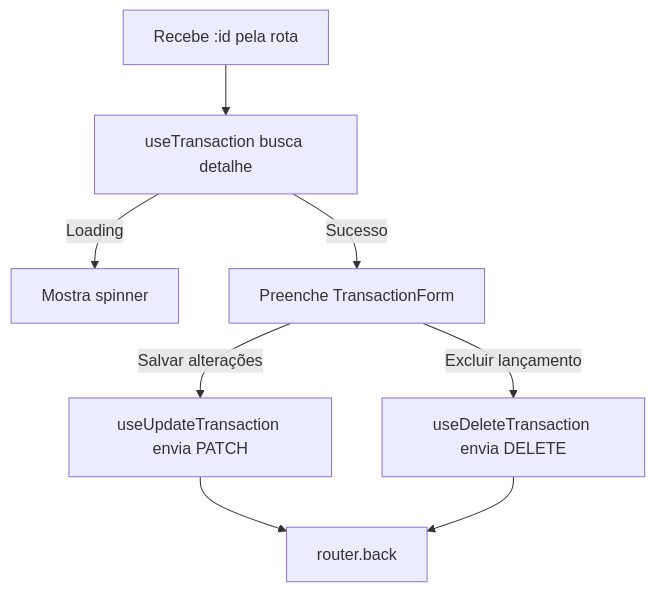
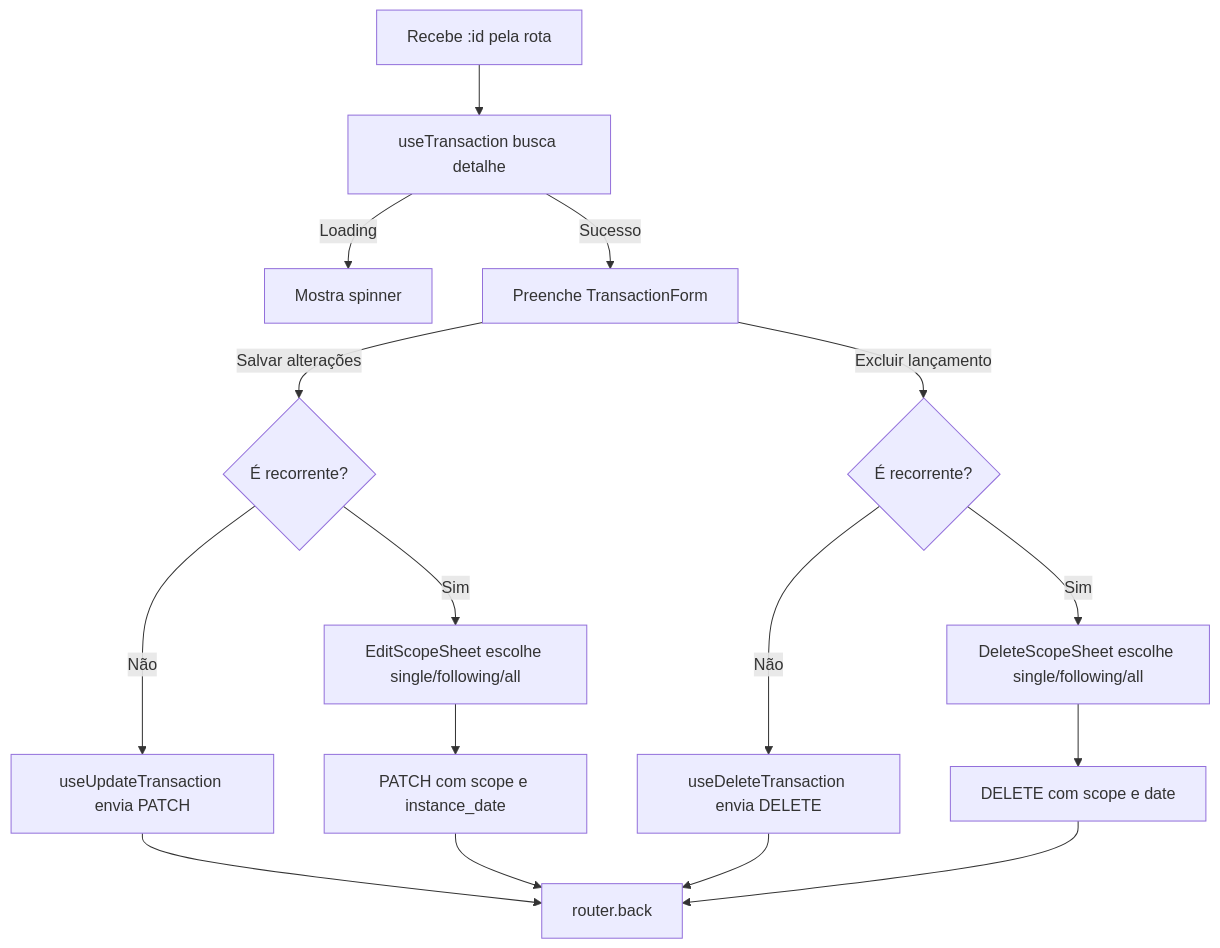
One commit to ewertonfrnc/finance-app changed diagram 19 of 19 in OVERVIEW.md. Above: the diagram before and after it, drawn with Mermaid. The commit also changed other lines of this file and 2 other files, not shown here.

````diff
--- a/OVERVIEW.md
+++ b/OVERVIEW.md
@@ -180,10 +244,18 @@
 ```mermaid
 flowchart TD
   A["Recebe :id pela rota"] --> B["useTransaction busca detalhe"]
   B -->|Loading| C["Mostra spinner"]
   B -->|Sucesso| D["Preenche TransactionForm"]
-  D -->|Salvar alterações| E["useUpdateTransaction envia PATCH"]
-  D -->|Excluir lançamento| F["useDeleteTransaction envia DELETE"]
-  E --> G["router.back"]
-  F --> G
+  D -->|Salvar alterações| E{"É recorrente?"}
+  E -->|Não| F["useUpdateTransaction envia PATCH"]
+  E -->|Sim| G["EditScopeSheet escolhe single/following/all"]
+  G --> H["PATCH com scope e instance_date"]
+  D -->|Excluir lançamento| I{"É recorrente?"}
+  I -->|Não| J["useDeleteTransaction envia DELETE"]
+  I -->|Sim| K["DeleteScopeSheet escolhe single/following/all"]
+  K --> L["DELETE com scope e date"]
+  F --> M["router.back"]
+  H --> M
+  J --> M
+  L --> M
 ```
````
